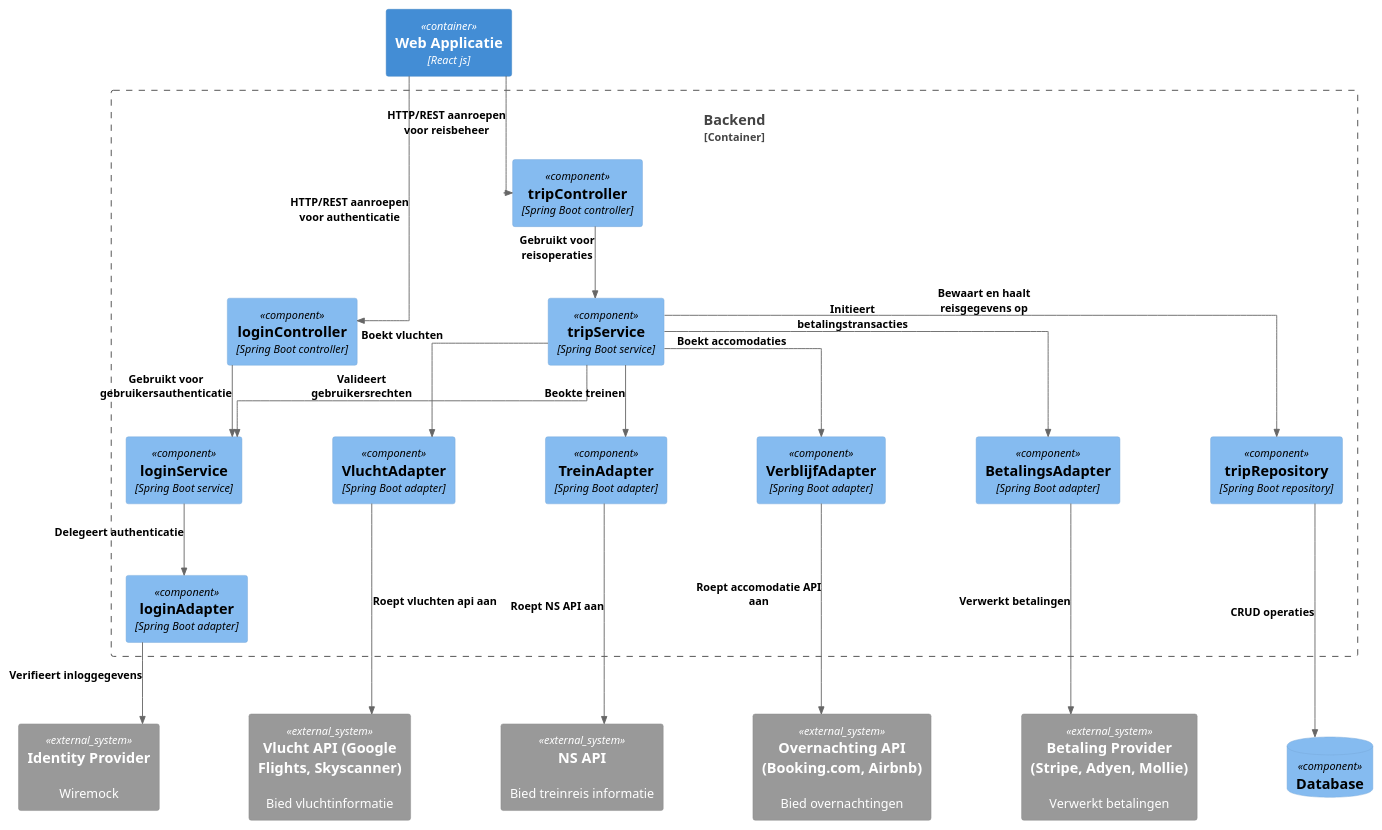
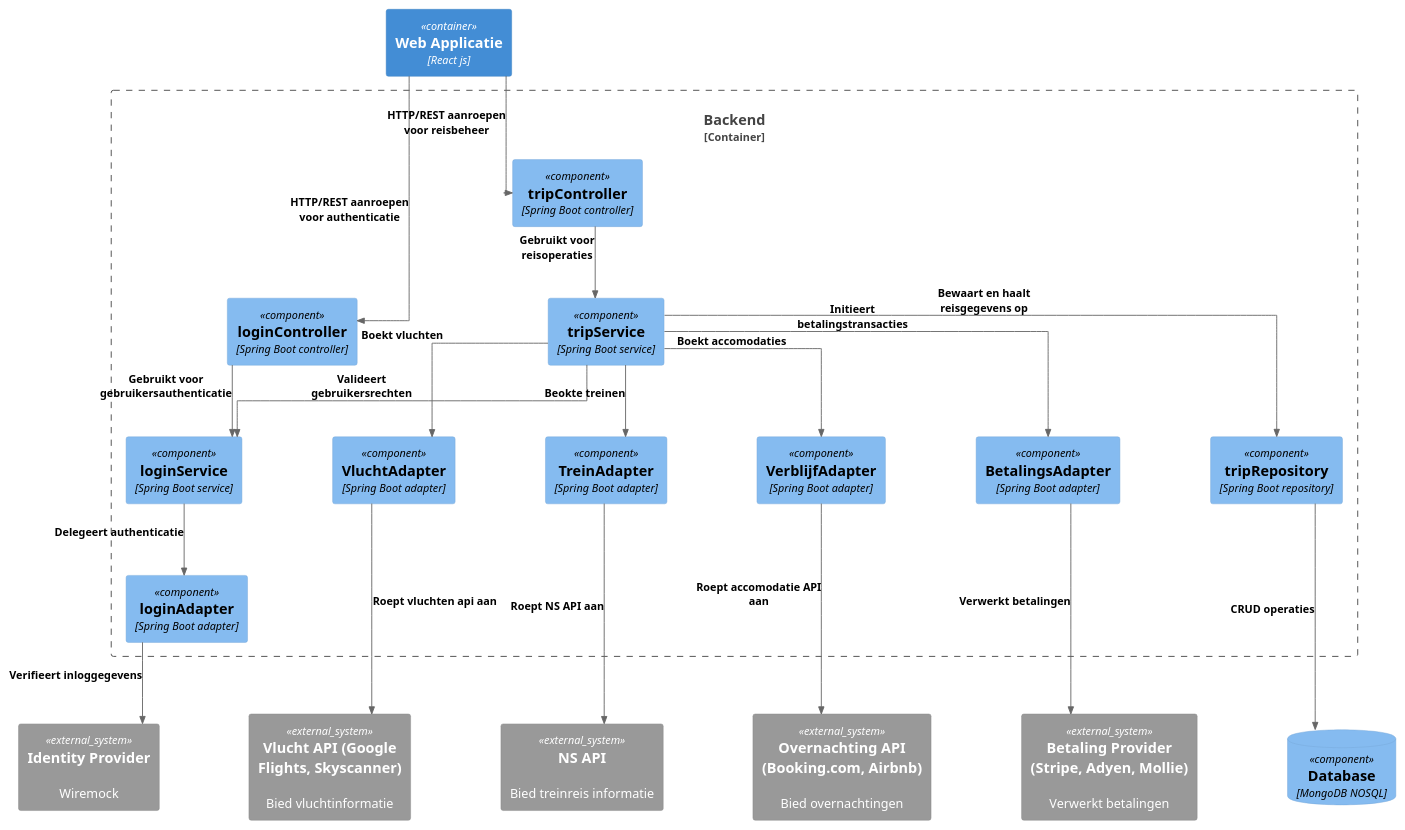
Before and after one commit to AIM-ENE-feb25/triptop-livingin-s-pain-nouri-siebe-boris: the diagram in opdracht-diagrammen/Groeps-diagram/component-backend.puml, drawn with PlantUML. The commit also changed 7 other files, not shown here.

```diff
--- a/opdracht-diagrammen/Groeps-diagram/component-backend.puml
+++ b/opdracht-diagrammen/Groeps-diagram/component-backend.puml
@@ -1,66 +1,66 @@
 @startuml
 !include https://raw.githubusercontent.com/plantuml-stdlib/C4-PlantUML/master/C4_Component.puml
 
 skinparam ranksep 80
 skinparam nodesep 100
 skinparam ArrowColor #666666
 skinparam linetype ortho
 skinparam ArrowFontSize 12
 skinparam ArrowFontColor black
 skinparam ArrowFontStyle bold
 skinparam ArrowFontName Arial
 
 LAYOUT_TOP_DOWN()
 
 Container(frontend, "Web Applicatie", "React js")
 
 Container_Boundary(cb, "Backend") {
     Component(logincontroller, "loginController", "Spring Boot controller")
     Component(tripcontroller, "tripController", "Spring Boot controller")
     Component(loginservice, "loginService", "Spring Boot service")
     Component(tripservice, "tripService", "Spring Boot service")
     Component(loginadapter, "loginAdapter", "Spring Boot adapter")
     Component(flightadapter, "VluchtAdapter", "Spring Boot adapter")
     Component(trainadapter, "TreinAdapter", "Spring Boot adapter")
     Component(stayadapter, "VerblijfAdapter", "Spring Boot adapter")
     Component(paymentadapter, "BetalingsAdapter", "Spring Boot adapter")
     Component(triprepository, "tripRepository", "Spring Boot repository")
 }
 
 together{
     System_Ext(idprovider, "Identity Provider", "Wiremock")
     System_Ext(ns, "NS API", "Bied treinreis informatie")
     System_Ext(stay, "Overnachting API (Booking.com, Airbnb)", "Bied overnachtingen")
     System_Ext(flight, "Vlucht API (Google Flights, Skyscanner)", "Bied vluchtinformatie")
     System_Ext(payment, "Betaling Provider (Stripe, Adyen, Mollie)", "Verwerkt betalingen")
 
-    ComponentDb(db, "Database")
+    ComponentDb(db, "Database", "MongoDB NOSQL")
 
 }
 
   Rel(frontend, logincontroller, "HTTP/REST aanroepen voor authenticatie")
   Rel(frontend, tripcontroller, "HTTP/REST aanroepen voor reisbeheer")
 
   Rel(logincontroller, loginservice, "Gebruikt voor gebruikersauthenticatie")
   Rel(tripcontroller, tripservice, "Gebruikt voor reisoperaties")
 
   Rel(tripservice, loginservice, "Valideert gebruikersrechten")
 
   Rel(tripservice, flightadapter, "Boekt vluchten")
   Rel(tripservice, trainadapter, "Beokte treinen")
   Rel(tripservice, stayadapter, "Boekt accomodaties")
   Rel(tripservice, paymentadapter, "Initieert betalingstransacties")
   Rel(trainadapter, ns, "Roept NS API aan")
   Rel(stayadapter, stay, "Roept accomodatie API aan")
   Rel(flightadapter, flight, "Roept vluchten api aan")
   Rel(paymentadapter, payment, "Verwerkt betalingen")
 
   Rel(tripservice, triprepository, "Bewaart en haalt reisgegevens op")
   Rel(triprepository, db, "CRUD operaties")
 
   Rel(loginservice, loginadapter, "Delegeert authenticatie")
   Rel(loginadapter, idprovider, "Verifieert inloggegevens")
 
 
 
 @enduml
```
